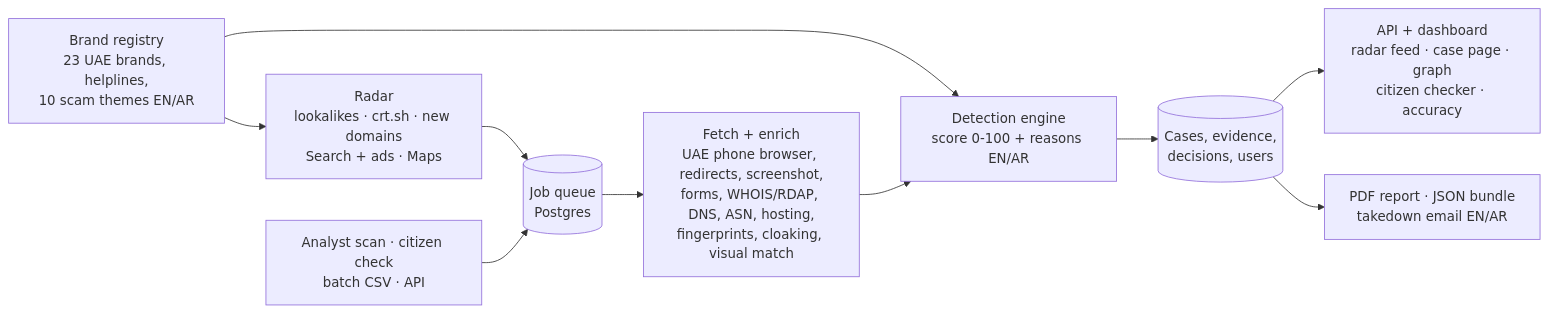
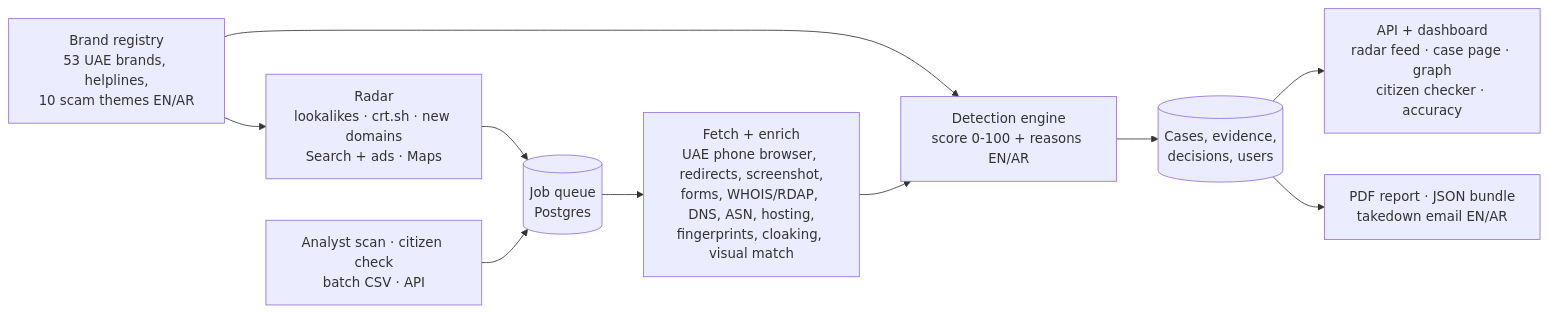
The diagram in README.md (agegnew/ScamShield), drawn with Mermaid before and after one commit. The commit also changed other lines of this file and 34 other files, not shown here.

````diff
--- a/README.md
+++ b/README.md
@@ -63,12 +63,12 @@
 ```mermaid
 flowchart LR
   R[Radar<br/>lookalikes · crt.sh · new domains<br/>Search + ads · Maps] --> Q[(Job queue<br/>Postgres)]
   I[Analyst scan · citizen check<br/>batch CSV · API] --> Q
   Q --> F[Fetch + enrich<br/>UAE phone browser, redirects, screenshot,<br/>forms, WHOIS/RDAP, DNS, ASN, hosting,<br/>fingerprints, cloaking, visual match]
-  B[Brand registry<br/>23 UAE brands, helplines,<br/>10 scam themes EN/AR] --> R
+  B[Brand registry<br/>53 UAE brands, helplines,<br/>10 scam themes EN/AR] --> R
   B --> E
   F --> E[Detection engine<br/>score 0-100 + reasons EN/AR]
   E --> D[(Cases, evidence,<br/>decisions, users)]
   D --> A[API + dashboard<br/>radar feed · case page · graph<br/>citizen checker · accuracy]
   D --> X[PDF report · JSON bundle<br/>takedown email EN/AR]
 ```
````
